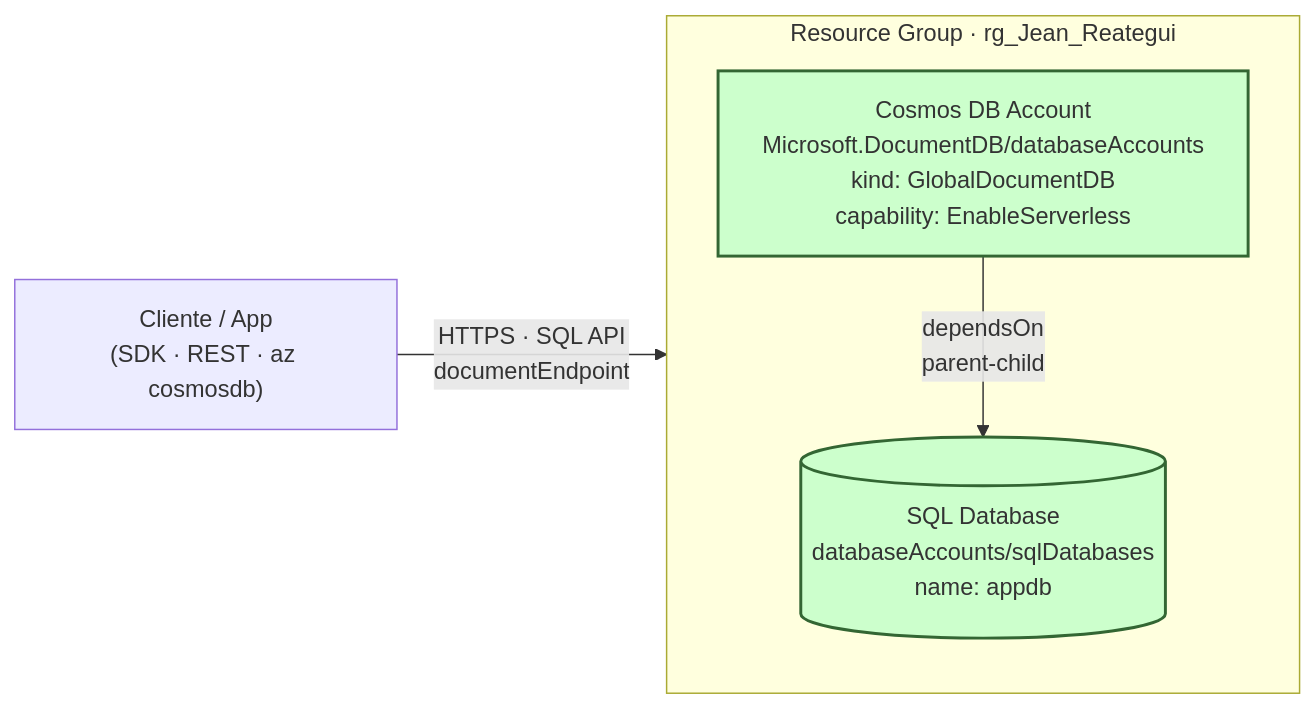
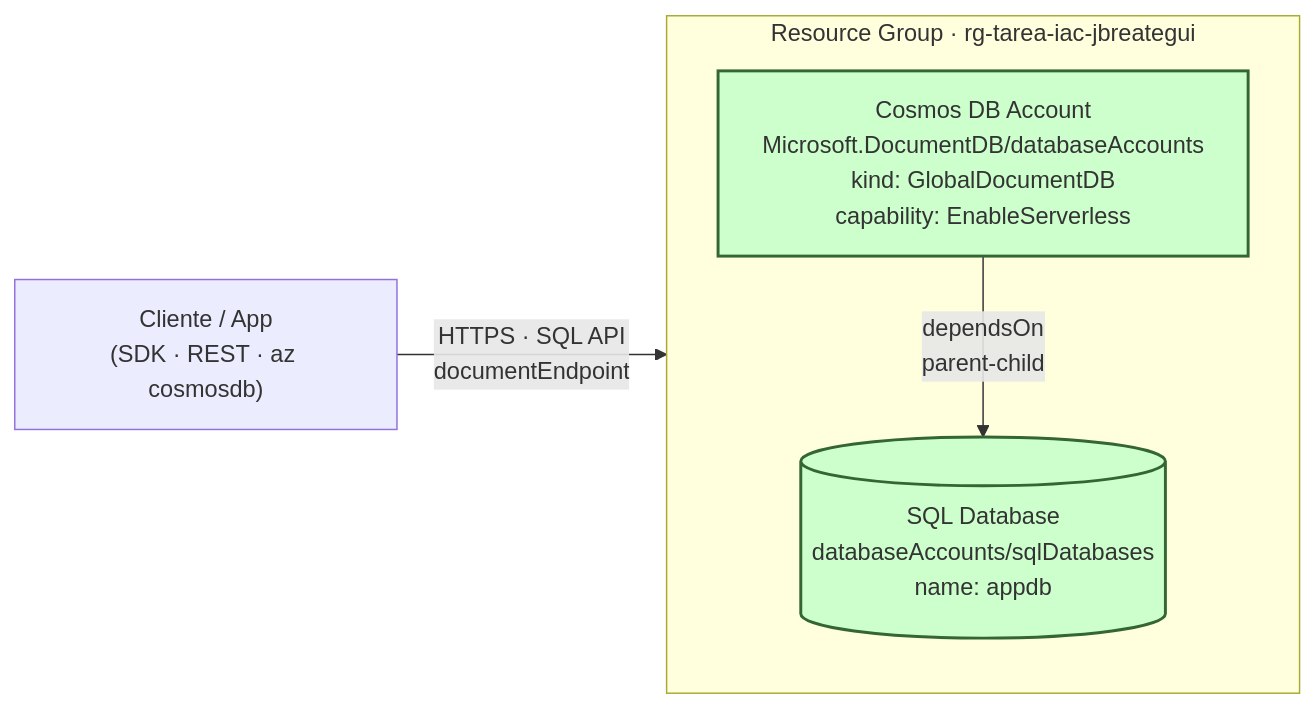
The diagram in azure-arm-cosmos/README.md (jbreategui/tarea-iac-nativo), drawn with Mermaid before and after one commit. The commit also changed other lines of this file and 2 other files, not shown here.

````diff
--- a/azure-arm-cosmos/README.md
+++ b/azure-arm-cosmos/README.md
@@ -16,14 +16,14 @@
 ```mermaid
 flowchart LR
     Client["Cliente / App<br/>(SDK · REST · az cosmosdb)"]
-    subgraph RG["Resource Group · rg_Jean_Reategui"]
+    subgraph RG["Resource Group · rg-tarea-iac-jbreategui"]
         direction TB
         Account["Cosmos DB Account<br/>Microsoft.DocumentDB/databaseAccounts<br/>kind: GlobalDocumentDB<br/>capability: EnableServerless"]
         DB[("SQL Database<br/>databaseAccounts/sqlDatabases<br/>name: appdb")]
         Account -->|dependsOn<br/>parent-child| DB
     end
     Client -->|HTTPS · SQL API<br/>documentEndpoint| Account
 
     classDef principal fill:#cfc,stroke:#363,stroke-width:2px
     class Account,DB principal
 ```
````
